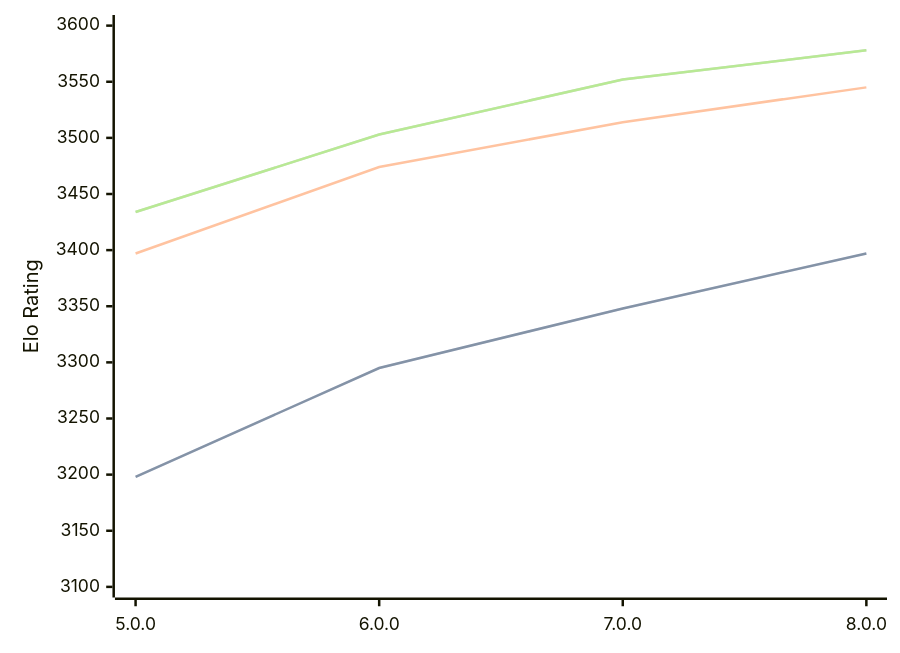
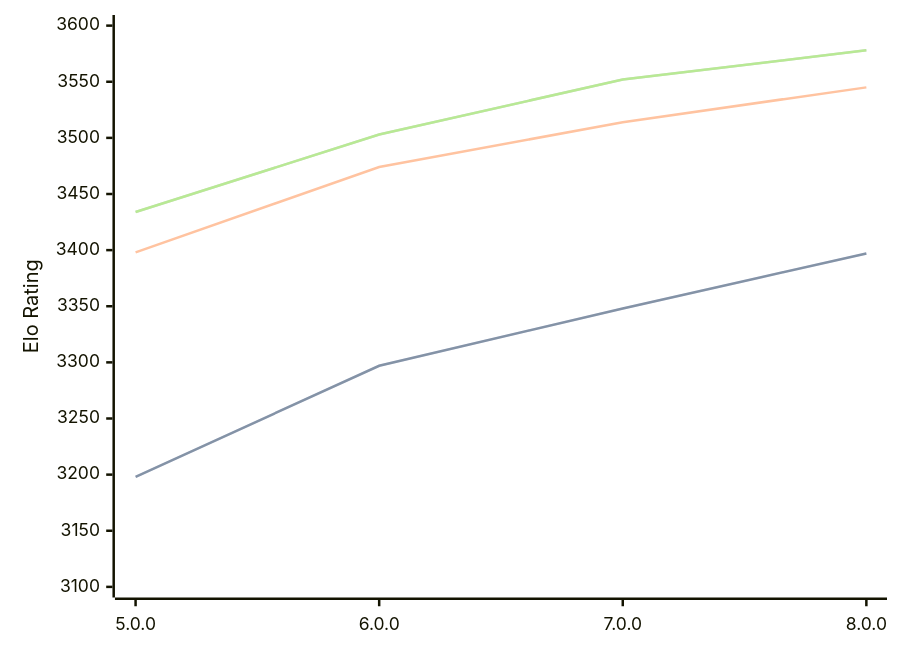
Before and after one commit to computer-chess-index/cci: the diagram in engines/Stormphrax.md, drawn with Mermaid. The commit also changed other lines of this file, not shown here.

````diff
--- a/engines/Stormphrax.md
+++ b/engines/Stormphrax.md
@@ -34,11 +34,11 @@
 ```mermaid
 %%{init: {"theme":"base","themeVariables":{"seriesColors:['#a3a3a3','#222221','#faa371']}}}%%
 xychart-beta
   x-axis ["5.0.0", "6.0.0", "7.0.0", "8.0.0"]
   y-axis "Elo Rating" 3100 --> 3600
-  line "STC (8.0+0.08s)" [3198, 3295, 3348, 3397]
-  line "STC (8.0+0.08s)" [3198, 3295, 3348, 3397]
-  line "LTC (60.0+0.60s)" [3397, 3474, 3514, 3545]
+  line "STC (8.0+0.08s)" [3198, 3297, 3348, 3397]
+  line "STC (8.0+0.08s)" [3198, 3297, 3348, 3397]
+  line "LTC (60.0+0.60s)" [3398, 3474, 3514, 3545]
   line "VLTC (2m24s+1.12s)" [3434, 3503, 3552, 3578]
   line "VLTC (2m24s+1.12s)" [3434, 3503, 3552, 3578]
 ```
````
